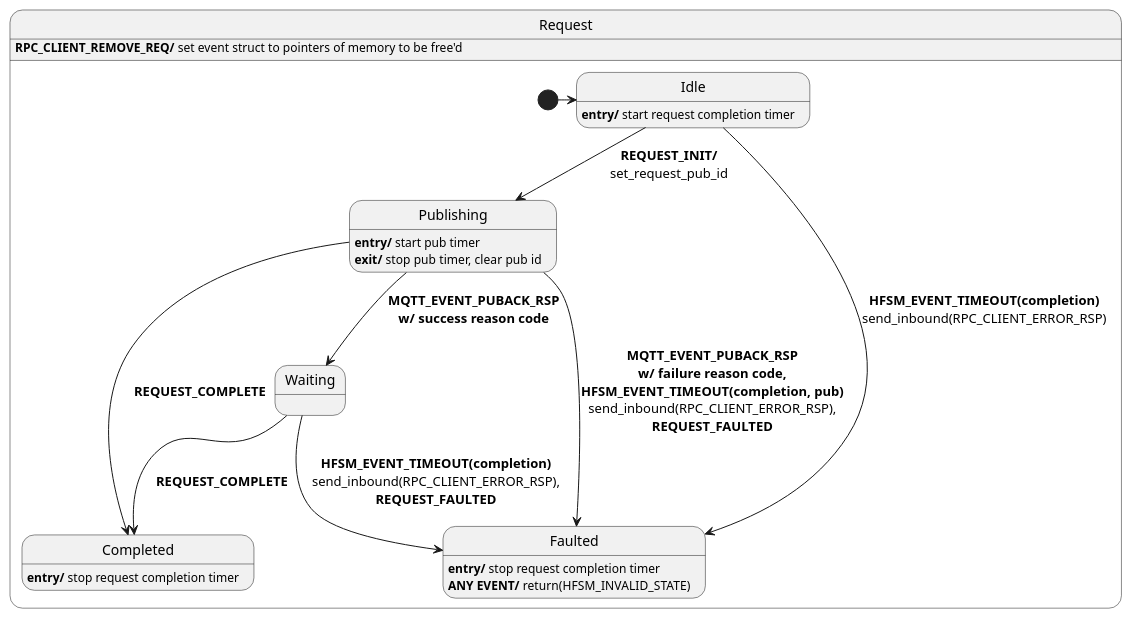
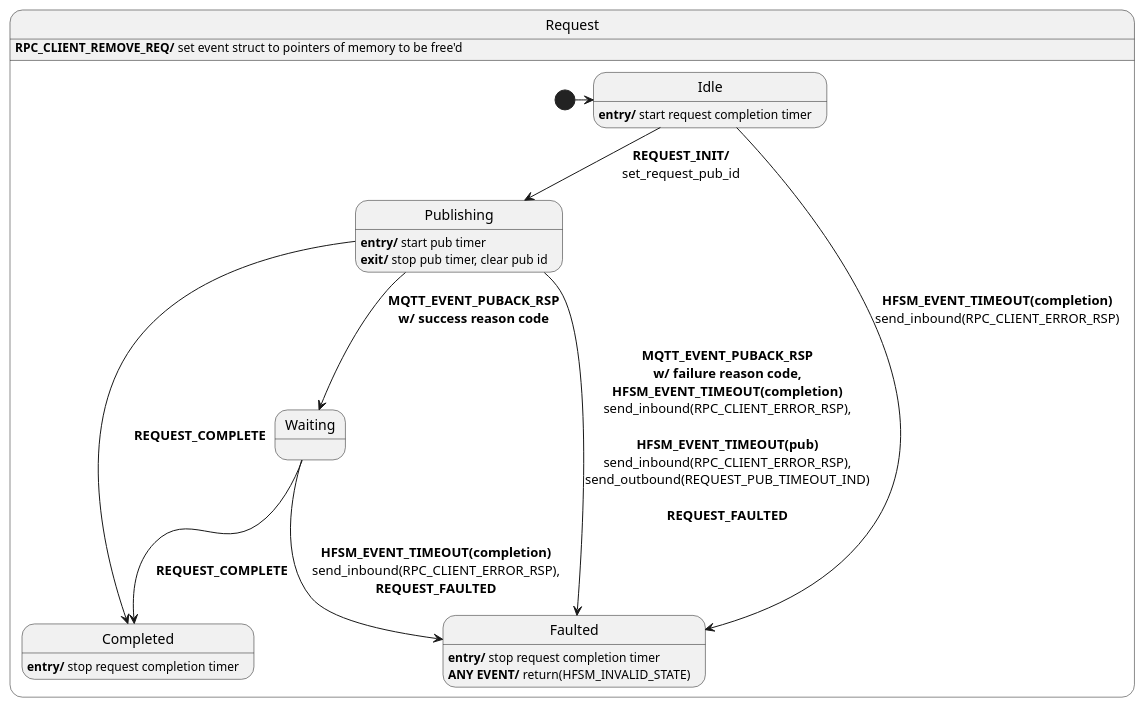
One commit to Azure/azure-sdk-for-c changed the diagram in sdk/docs/core/resources/mqtt_request.puml. Above: the diagram before and after it, drawn with PlantUML. The commit also changed 7 other files, not shown here.

Commit message:
rpc client goes to faulted if one of it's request's publishes times out

```diff
--- a/sdk/docs/core/resources/mqtt_request.puml
+++ b/sdk/docs/core/resources/mqtt_request.puml
@@ -1,36 +1,36 @@
 @startuml
 ' ignore these as handled outside of this diagram: MQTT_EVENT_CONNECT_REQ, MQTT_EVENT_CONNECT_RSP, MQTT_EVENT_DISCONNECT_REQ, MQTT_EVENT_DISCONNECT_RSP
 ' Assumptions:
 ' 0. Unknown events are forwarded (in their original direction, either inbound or outbound).
 ' 1. send_inbound, send_outbound are used to send information to the app and network respectively.
 ' 2. All events check that they are for this request or have the correct pub id before processing them.
 
 
 state Request {
   state Idle
   Idle: <b>entry/</b> start request completion timer
 
   state Publishing
   Publishing : <b>entry/</b> start pub timer
   Publishing : <b>exit/</b> stop pub timer, clear pub id
 
   state Waiting
   state Completed
   Completed : <b>entry/</b> stop request completion timer
   state Faulted
   Faulted : <b>entry/</b> stop request completion timer
   Faulted : <b>ANY EVENT/</b> return(HFSM_INVALID_STATE)
 
   [*] -> Idle
   Idle --> Publishing : <b>REQUEST_INIT/</b>\nset_request_pub_id
   Publishing --> Waiting : <b>MQTT_EVENT_PUBACK_RSP</b>\n<b>w/ success reason code</b>
   Publishing --> Completed : <b>REQUEST_COMPLETE</b>
-  Publishing --> Faulted : <b>MQTT_EVENT_PUBACK_RSP</b>\n<b>w/ failure reason code,</b>\n<b>HFSM_EVENT_TIMEOUT(completion, pub)</b>\nsend_inbound(RPC_CLIENT_ERROR_RSP),\n<b>REQUEST_FAULTED</b>
+  Publishing --> Faulted : <b>MQTT_EVENT_PUBACK_RSP</b>\n<b>w/ failure reason code,</b>\n<b>HFSM_EVENT_TIMEOUT(completion)</b>\nsend_inbound(RPC_CLIENT_ERROR_RSP),\n\n<b>HFSM_EVENT_TIMEOUT(pub)</b>\nsend_inbound(RPC_CLIENT_ERROR_RSP),\nsend_outbound(REQUEST_PUB_TIMEOUT_IND)\n\n<b>REQUEST_FAULTED</b>
   Waiting --> Completed : <b>REQUEST_COMPLETE</b>
   Waiting --> Faulted : <b>HFSM_EVENT_TIMEOUT(completion)</b>\nsend_inbound(RPC_CLIENT_ERROR_RSP),\n<b>REQUEST_FAULTED</b>
   Idle --> Faulted : <b>HFSM_EVENT_TIMEOUT(completion)</b>\nsend_inbound(RPC_CLIENT_ERROR_RSP)
 
 }
 Request : <b>RPC_CLIENT_REMOVE_REQ/</b> set event struct to pointers of memory to be free'd
 
 @enduml
```
